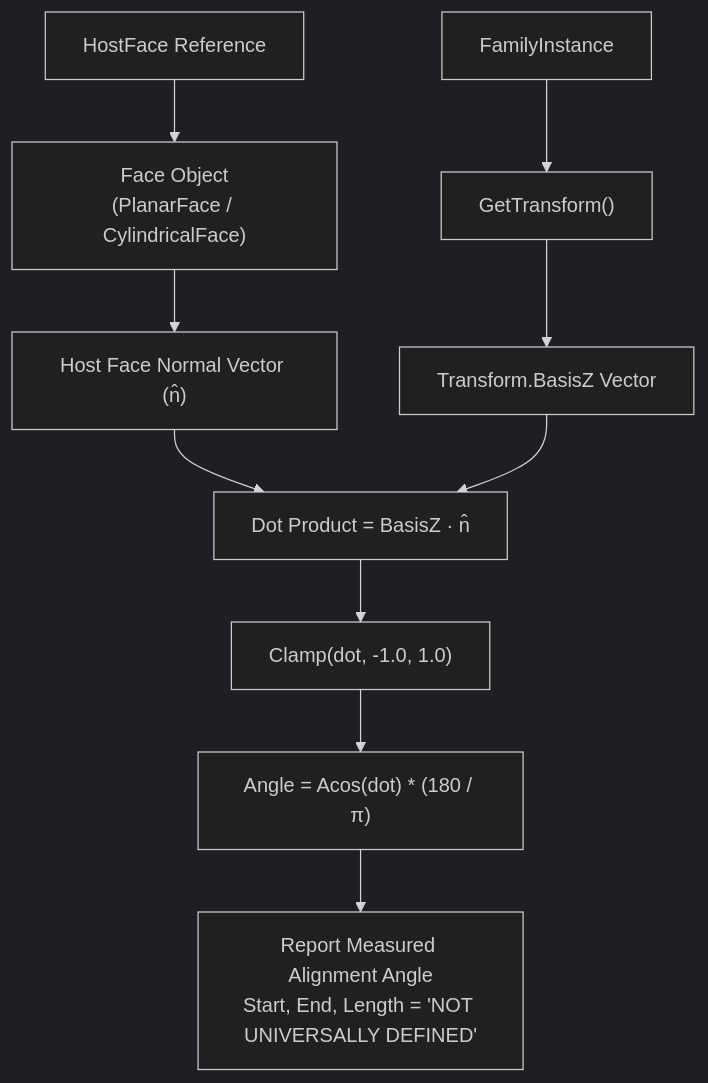
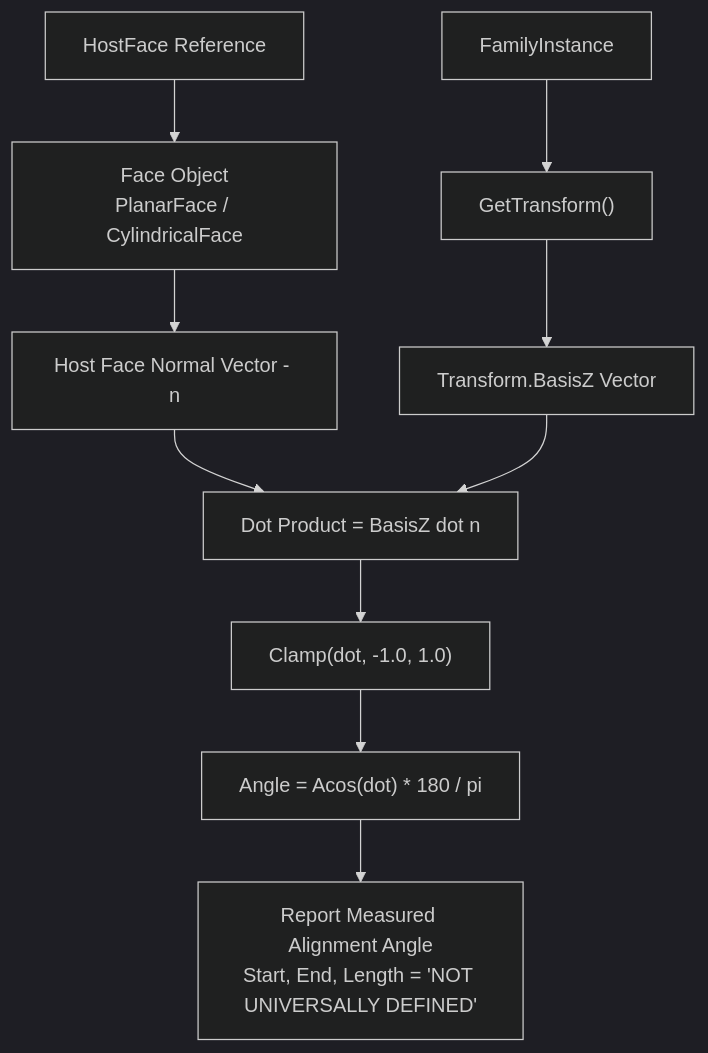
Before and after one commit to Mustafa-TOMMY/CommandSamplesRevitApiVer2025: diagram 18 of 31 in RevitApiSamples/Samples/TransformModule/TransformModule.md, drawn with Mermaid (dark theme). The commit also changed other lines of this file, not shown here.

Commit message:
Update the mermaid sections

````diff
--- a/RevitApiSamples/Samples/TransformModule/TransformModule.md
+++ b/RevitApiSamples/Samples/TransformModule/TransformModule.md
@@ -528,14 +557,14 @@
 ```mermaid
 flowchart TD
-    HF["HostFace Reference"] --> FACE["Face Object\n(PlanarFace / CylindricalFace)"]
-    FACE --> NORM["Host Face Normal Vector (n̂)"]
-    
+    HF["HostFace Reference"] --> FACE["Face Object<br/>PlanarFace / CylindricalFace"]
+    FACE --> NORM["Host Face Normal Vector - n"]
+
     FI["FamilyInstance"] --> T["GetTransform()"]
     T --> BZ["Transform.BasisZ Vector"]
-    
-    NORM & BZ --> DOT["Dot Product = BasisZ · n̂"]
+
+    NORM & BZ --> DOT["Dot Product = BasisZ dot n"]
     DOT --> CLAMP["Clamp(dot, -1.0, 1.0)"]
-    CLAMP --> ANG["Angle = Acos(dot) * (180 / π)"]
-    
-    ANG --> REPORT["Report Measured Alignment Angle\nStart, End, Length = 'NOT UNIVERSALLY DEFINED'"]
+    CLAMP --> ANG["Angle = Acos(dot) * 180 / pi"]
+
+    ANG --> REPORT["Report Measured Alignment Angle<br/>Start, End, Length = 'NOT UNIVERSALLY DEFINED'"]
 ```
````
